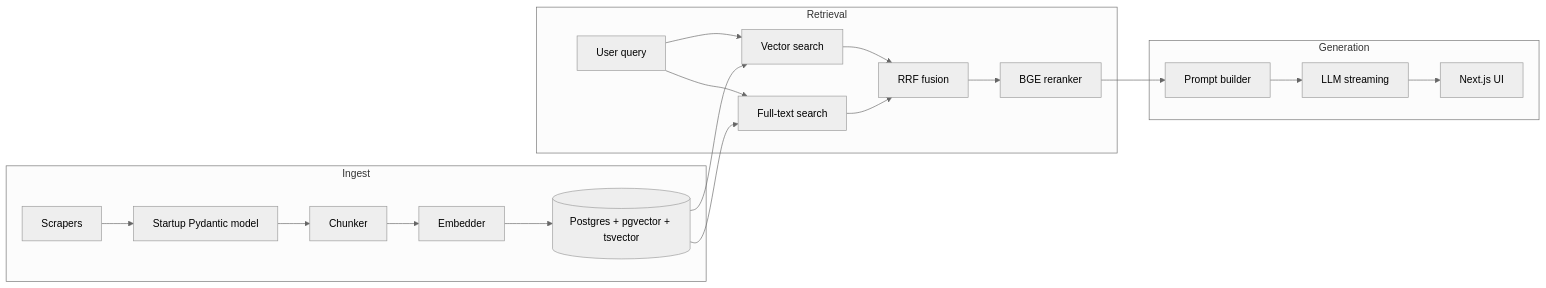
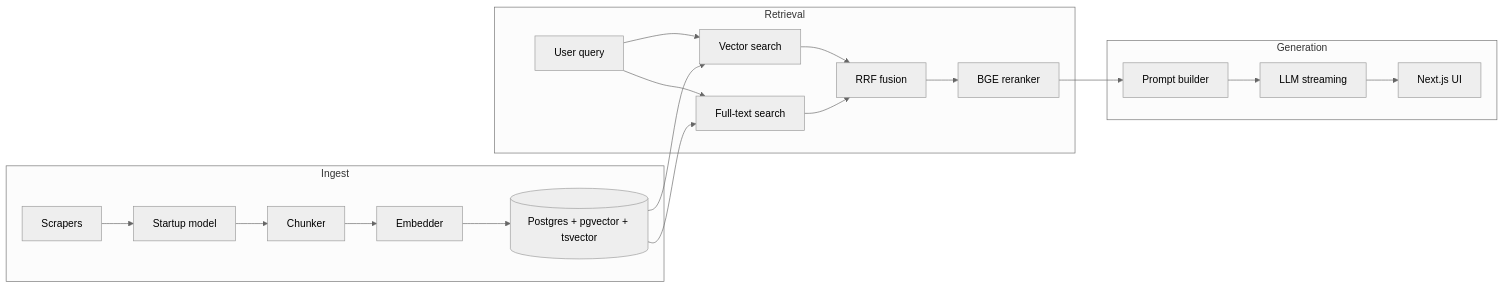
Before and after one commit to prayagtushar/startupindex: the diagram in README.md, drawn with Mermaid (neutral theme). The commit also changed other lines of this file and 2 other files, not shown here.

````diff
--- a/README.md
+++ b/README.md
@@ -87,26 +74,26 @@
 ```mermaid
 flowchart LR
     subgraph Ingest
-        A[Scrapers] --> B[Startup Pydantic model]
+        A[Scrapers] --> B[Startup model]
         B --> C[Chunker]
         C --> D[Embedder]
         D --> E[(Postgres + pgvector + tsvector)]
     end
 
     subgraph Retrieval
         Q[User query] --> F[Vector search]
         Q --> G[Full-text search]
         F --> H[RRF fusion]
         G --> H
         H --> I[BGE reranker]
     end
 
     subgraph Generation
         I --> J[Prompt builder]
         J --> K[LLM streaming]
         K --> L[Next.js UI]
     end
 
     E --> F
     E --> G
 ```
````
